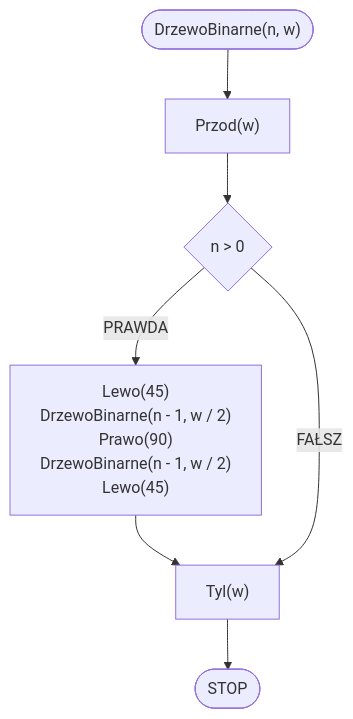
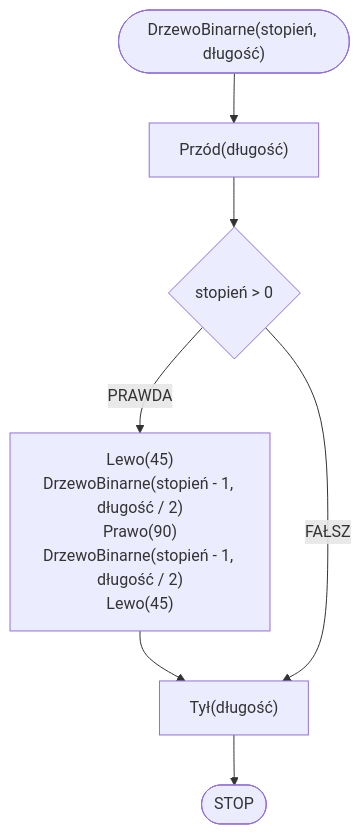
The diagram in algorithms/fractals/binary-tree.md (blackbat13/cs-htiew-gitbook), drawn with Mermaid before and after one commit. The commit also changed other lines of this file and 2 other files, not shown here.

Commit message:
Block diagrams and pseudocode

````diff
--- a/algorithms/fractals/binary-tree.md
+++ b/algorithms/fractals/binary-tree.md
@@ -48,9 +46,9 @@
 ```mermaid
 flowchart TD
-	START(["DrzewoBinarne(n, w)"]) --> K1["Przod(w)"]
-	K1 --> K2{n > 0}
-	K2 -- PRAWDA --> K3["Lewo(45)\nDrzewoBinarne(n - 1, w / 2)\nPrawo(90)\nDrzewoBinarne(n - 1, w / 2)\nLewo(45)"]
-	K3 --> K8["Tyl(w)"]
+	START(["DrzewoBinarne(stopień, długość)"]) --> K1["Przód(długość)"]
+	K1 --> K2{stopień > 0}
+	K2 -- PRAWDA --> K3["Lewo(45)\nDrzewoBinarne(stopień - 1, długość / 2)\nPrawo(90)\nDrzewoBinarne(stopień - 1, długość / 2)\nLewo(45)"]
+	K3 --> K8["Tył(długość)"]
 	K2 -- FAŁSZ --> K8
 	K8 --> STOP([STOP])
 ```
````
